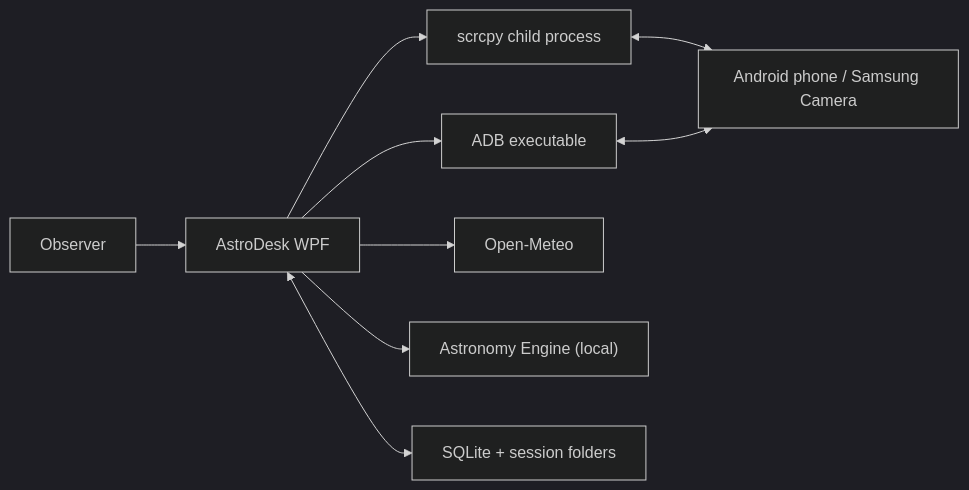
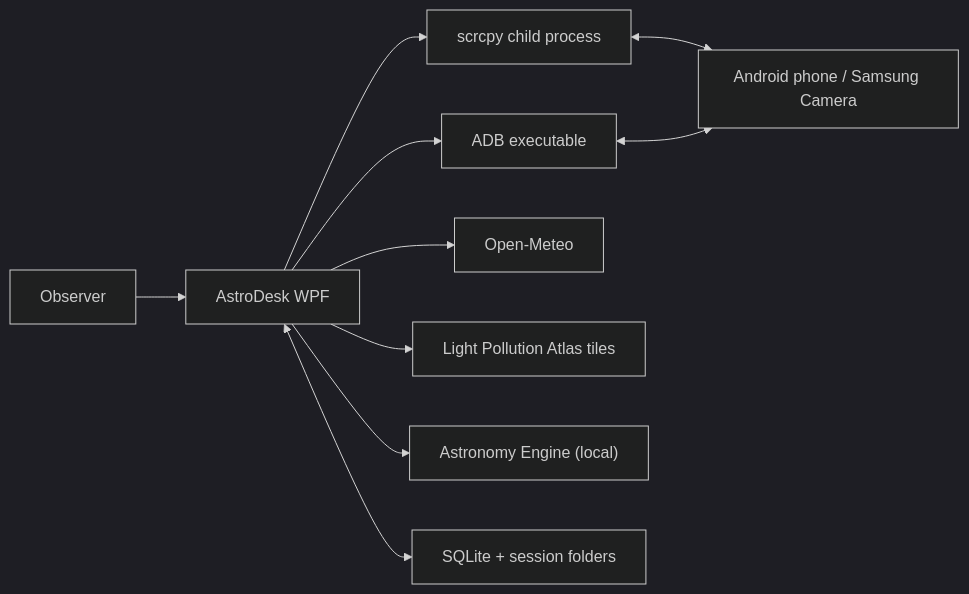
Before and after one commit to joetheproz5/astrodesk: the first of 3 diagrams in ARCHITECTURE.md, drawn with Mermaid (dark theme). The commit also changed other lines of this file and 20 other files, not shown here.

````diff
--- a/ARCHITECTURE.md
+++ b/ARCHITECTURE.md
@@ -9,20 +9,22 @@
 ```mermaid
 flowchart LR
     User["Observer"]
     App["AstroDesk WPF"]
     Scrcpy["scrcpy child process"]
     Adb["ADB executable"]
     Phone["Android phone / Samsung Camera"]
     Weather["Open-Meteo"]
+    LightAtlas["Light Pollution Atlas tiles"]
     Astronomy["Astronomy Engine (local)"]
     Db["SQLite + session folders"]
 
     User --> App
     App --> Scrcpy
     Scrcpy <--> Phone
     App --> Adb
     Adb <--> Phone
     App --> Weather
+    App --> LightAtlas
     App --> Astronomy
     App <--> Db
 ```
````
